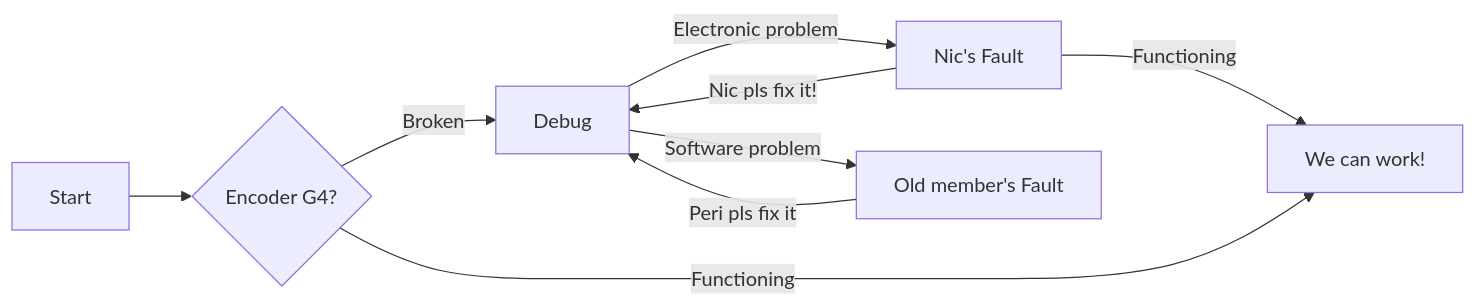
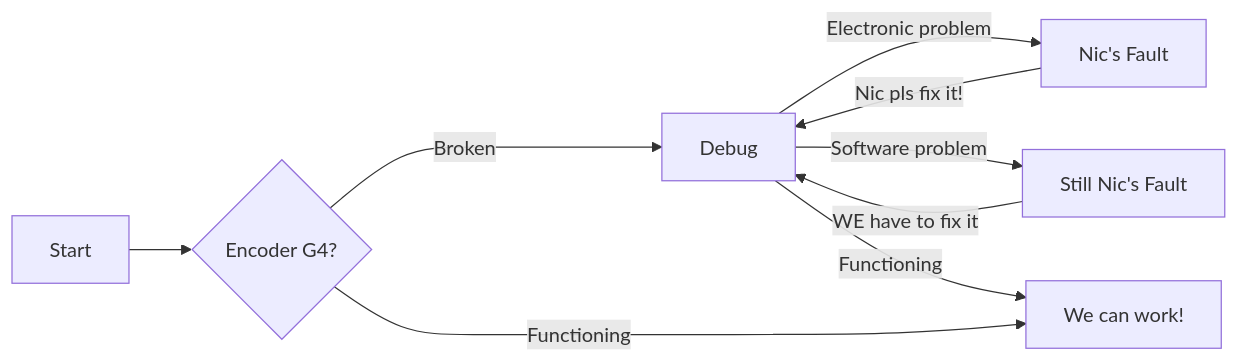
One commit to Sapienza-Technology/documentation changed the diagram in docs/example.md. Above: the diagram before and after it, drawn with Mermaid. The commit also changed 8 other files, not shown here.

````diff
--- a/docs/example.md
+++ b/docs/example.md
@@ -13,11 +13,11 @@
 ``` mermaid
 graph LR
   A[Start] --> B{Encoder G4?};
   B -->|Broken| C[Debug];
   C -->|Electronic problem| D[Nic's Fault];
   D -->|Nic pls fix it!| C;
-  C -->|Software problem| E[Old member's Fault];
-  E -->|Peri pls fix it| C;
-  D -->|Functioning| F[We can work!];
+  C -->|Software problem| E[Still Nic's Fault];
+  E -->|WE have to fix it| C;
+  C -->|Functioning| F[We can work!];
   B ---->|Functioning| F;
 ```
````
